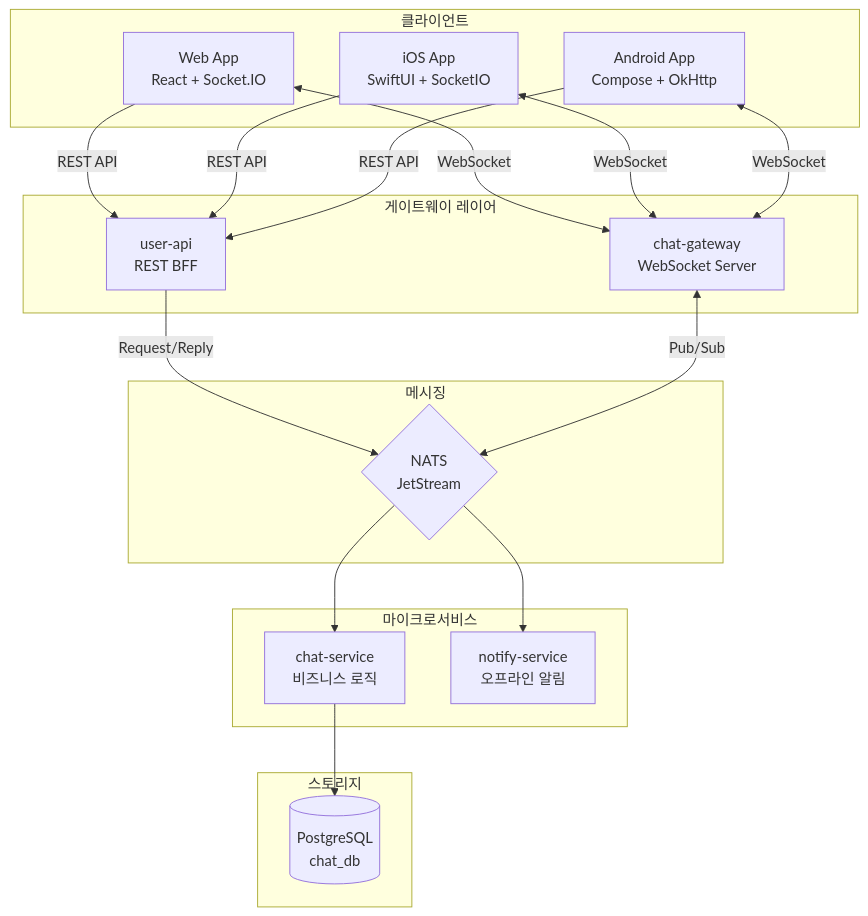
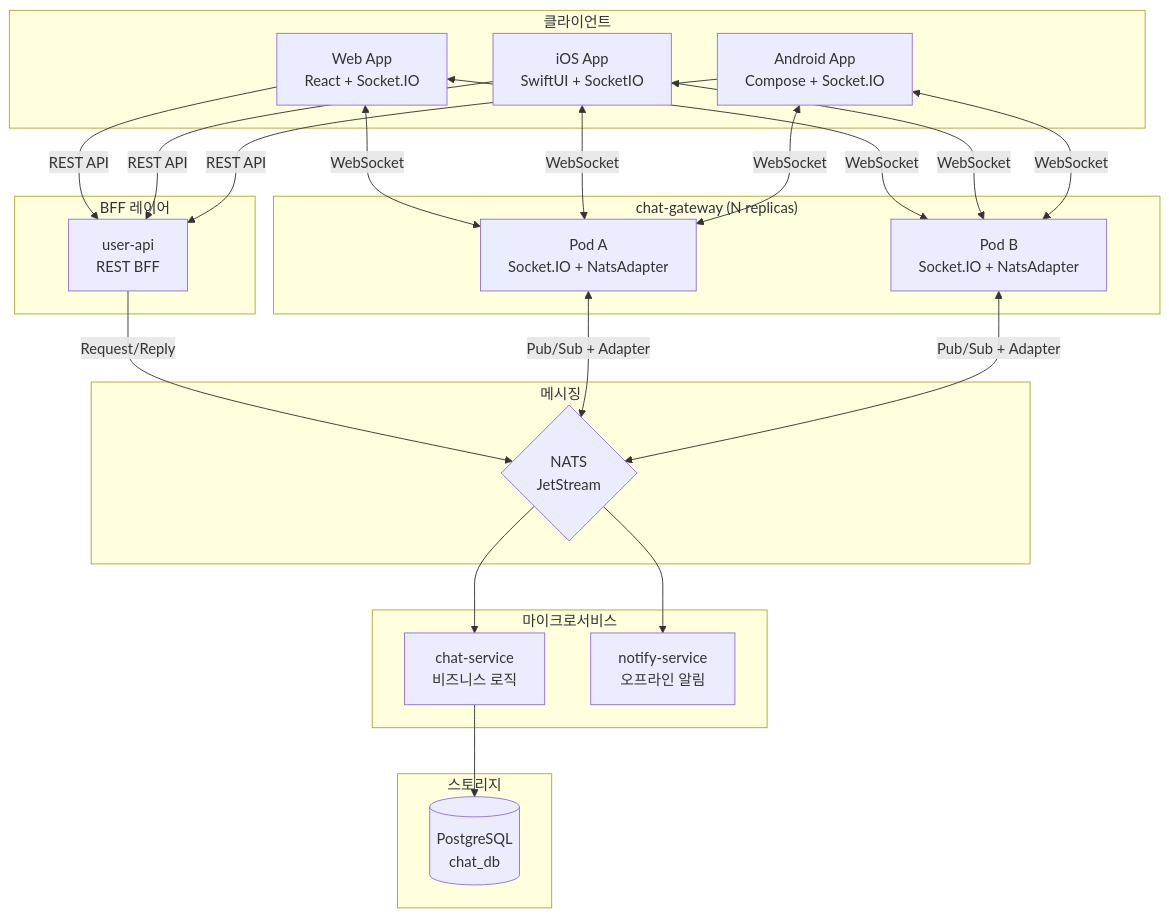
Before and after one commit to uniyous/parkgolf-platform: the third of 28 diagrams in docs/CHAT_WORKFLOW.md, drawn with Mermaid. The commit also changed other lines of this file, not shown here.

Commit message:
docs(chat): CHAT_WORKFLOW.md 멀티 레플리카 아키텍처 반영 최신화

````diff
--- a/docs/CHAT_WORKFLOW.md
+++ b/docs/CHAT_WORKFLOW.md
@@ -74,36 +75,41 @@
 ```mermaid
 flowchart TB
     subgraph Clients["클라이언트"]
         WEB[Web App<br/>React + Socket.IO]
         IOS[iOS App<br/>SwiftUI + SocketIO]
-        AND[Android App<br/>Compose + OkHttp]
+        AND[Android App<br/>Compose + Socket.IO]
     end
 
-    subgraph Gateway["게이트웨이 레이어"]
-        BFF[user-api<br/>REST BFF]
-        WSG[chat-gateway<br/>WebSocket Server]
+    subgraph Gateway["chat-gateway (N replicas)"]
+        POD_A[Pod A<br/>Socket.IO + NatsAdapter]
+        POD_B[Pod B<br/>Socket.IO + NatsAdapter]
+    end
+
+    subgraph BFF["BFF 레이어"]
+        API[user-api<br/>REST BFF]
     end
 
     subgraph Messaging["메시징"]
         NATS{NATS<br/>JetStream}
     end
 
     subgraph Services["마이크로서비스"]
         CHAT[chat-service<br/>비즈니스 로직]
         NOTIFY[notify-service<br/>오프라인 알림]
     end
 
     subgraph Storage["스토리지"]
         DB[(PostgreSQL<br/>chat_db)]
     end
 
-    WEB & IOS & AND -->|REST API| BFF
-    WEB & IOS & AND <-->|WebSocket| WSG
+    WEB & IOS & AND -->|REST API| API
+    WEB & IOS & AND <-->|WebSocket| POD_A & POD_B
 
-    BFF -->|Request/Reply| NATS
-    WSG <-->|Pub/Sub| NATS
+    API -->|Request/Reply| NATS
+    POD_A <-->|Pub/Sub + Adapter| NATS
+    POD_B <-->|Pub/Sub + Adapter| NATS
 
     NATS --> CHAT
     NATS --> NOTIFY
     CHAT --> DB
 ```
````
